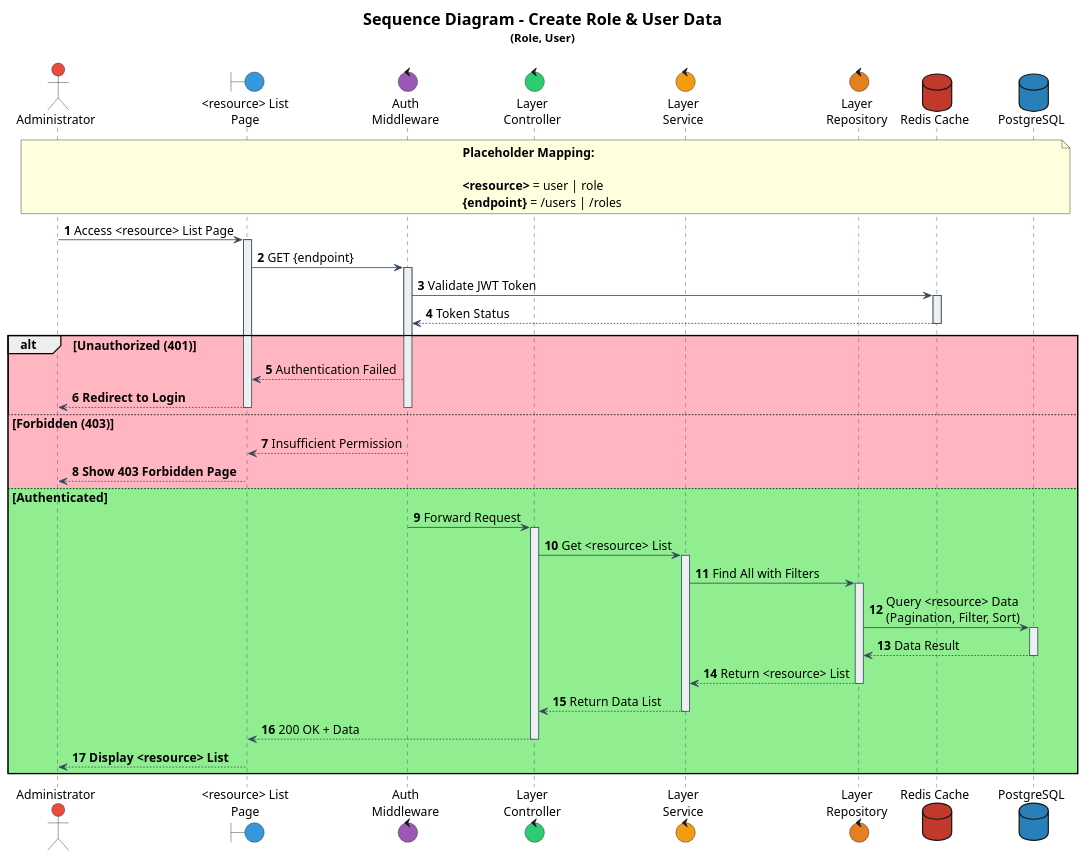
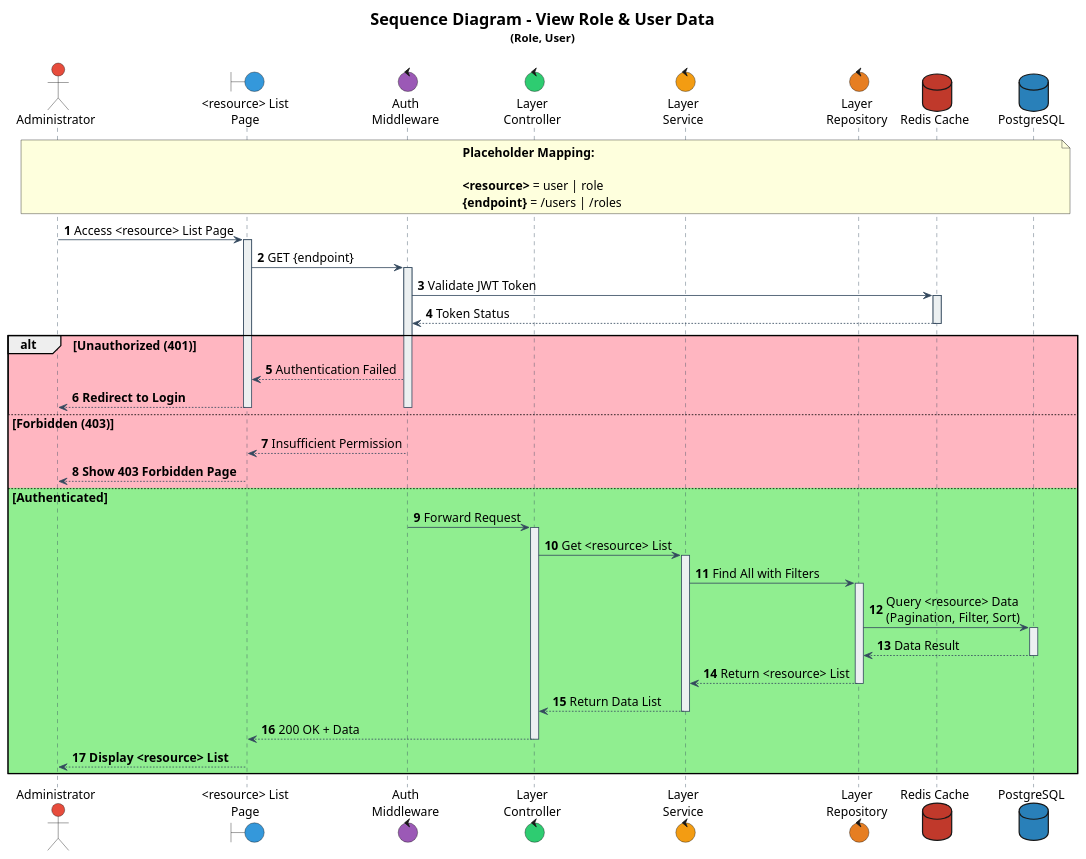
One commit to IntConnect/go-intconnect-api changed the diagram in documentation/sequence/management-user/role-user/view.puml. Above: the diagram before and after it, drawn with PlantUML. The commit also changed 22 other files, not shown here.

Commit message:
feat(activity, sequence): Add some activity and sequence diagram

```diff
--- a/documentation/sequence/management-user/role-user/view.puml
+++ b/documentation/sequence/management-user/role-user/view.puml
@@ -1,110 +1,110 @@
 @startuml
 
 ' Font configuration
 skinparam defaultFontName Times New Roman
 skinparam defaultFontSize 15
 
 ' Participant styling
 skinparam participant {
     BackgroundColor #ECF0F1
     BorderColor #34495E
     FontColor Black
     FontName Times New Roman
     FontSize 15
 }
 
 skinparam sequence {
     ArrowColor #34495E
     LifeLineBorderColor #34495E
     LifeLineBackgroundColor #ECF0F1
     ArrowFontName Times New Roman
     ArrowFontSize 15
 }
 
 skinparam actorFontSize 15
 skinparam noteFontSize 15
 skinparam noteFontName "Times New Roman"
 
 ' Actors and components
 actor "Administrator" as admin #E74C3C
 boundary "<resource> List\nPage" as boundList #3498DB
 control "Auth\nMiddleware" as authMiddleware #9B59B6
 control "Layer\nController" as controller #2ECC71
 control "Layer\nService" as service #F39C12
 control "Layer\nRepository" as repository #E67E22
 database "Redis Cache" as dbRedis #C0392B
 database "PostgreSQL" as dbPsql #2980B9
 
 title
-<size:20><b>Sequence Diagram - Create Role & User Data</b></size>
+<size:20><b>Sequence Diagram - View Role & User Data</b></size>
 <size:14>(Role, User)</size>
 ----
 end title
 
 autonumber
 
 note over admin, dbPsql
     **Placeholder Mapping:**
 
     <b><resource></b> = user | role
     <b>{endpoint}</b> = /users | /roles
 end note
 
 ' === MAIN FLOW ===
 admin -> boundList: Access <resource> List Page
 activate boundList
 
 boundList -> authMiddleware: GET {endpoint}
 activate authMiddleware
 
 ' === AUTHENTICATION ===
 authMiddleware -> dbRedis: Validate JWT Token
 activate dbRedis
 dbRedis --> authMiddleware: Token Status
 deactivate dbRedis
 
 alt #LightPink Unauthorized (401)
     authMiddleware --> boundList: Authentication Failed
     boundList --> admin: **Redirect to Login**
     deactivate authMiddleware
     deactivate boundList
     
 else #LightPink Forbidden (403)
     authMiddleware --> boundList: Insufficient Permission
     boundList --> admin: **Show 403 Forbidden Page**
     deactivate authMiddleware
     deactivate boundList
     
 else #LightGreen Authenticated
 
     authMiddleware -> controller: Forward Request
     deactivate authMiddleware
     activate controller
 
     controller -> service: Get <resource> List
     activate service
 
     ' === FETCH DATA FROM DATABASE ===
     service -> repository: Find All with Filters
     activate repository
     
     repository -> dbPsql: Query <resource> Data\n(Pagination, Filter, Sort)
     activate dbPsql
     dbPsql --> repository: Data Result
     deactivate dbPsql
     
     repository --> service: Return <resource> List
     deactivate repository
 
     service --> controller: Return Data List
     deactivate service
 
     controller --> boundList: 200 OK + Data
     deactivate controller
 
     boundList --> admin: **Display <resource> List**
     deactivate boundList
 
 end
 
 @enduml
```
